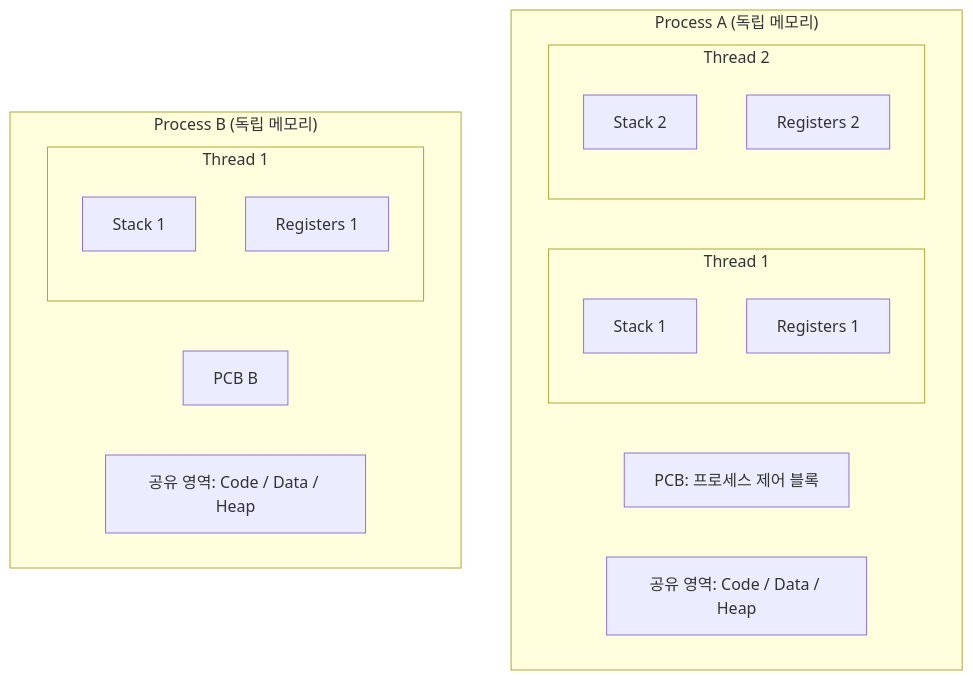
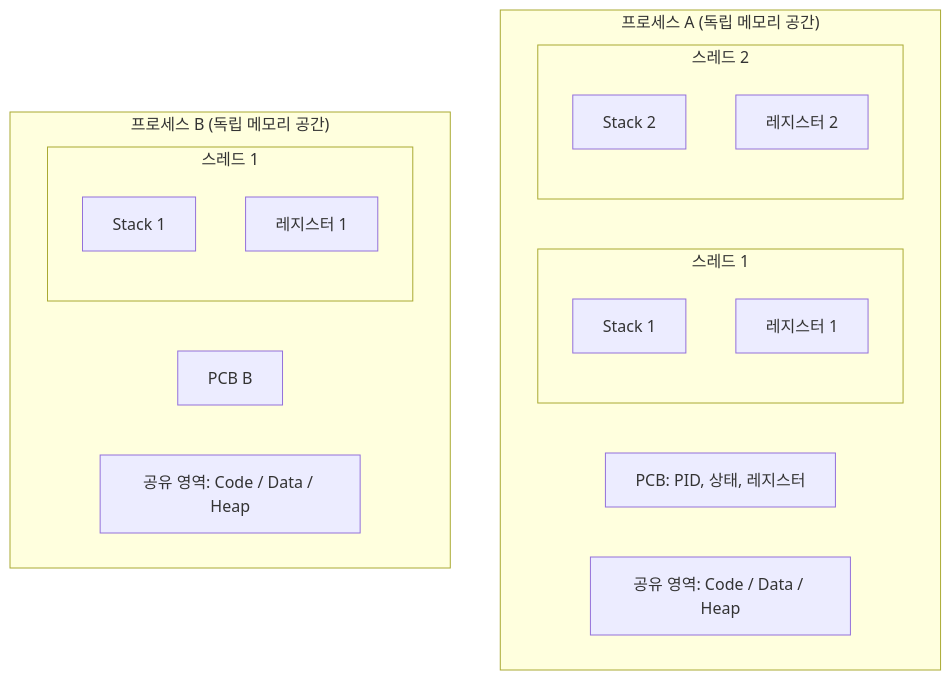
Before and after one commit to chaos663/honeyhive--CS-TECH-STUDY: the first of 2 diagrams in _posts/2026-03-03-os-프로세스와-스레드.md, drawn with Mermaid. The commit also changed other lines of this file and 4 other files, not shown here.

````diff
--- a/_posts/2026-03-03-os-프로세스와-스레드.md
+++ b/_posts/2026-03-03-os-프로세스와-스레드.md
@@ -20,23 +52,23 @@
 ```mermaid
 graph TD
-    subgraph Process_A ["Process A (독립 메모리)"]
-        PCB_A[PCB: 프로세스 제어 블록]
-        Shared_A[공유 영역: Code / Data / Heap]
-        subgraph Thread_A1 ["Thread 1"]
-            Stack_A1[Stack 1]
-            Reg_A1[Registers 1]
+    subgraph Process_A ["프로세스 A (독립 메모리 공간)"]
+        PCB_A["PCB: PID, 상태, 레지스터"]
+        Shared_A["공유 영역: Code / Data / Heap"]
+        subgraph Thread_A1 ["스레드 1"]
+            Stack_A1["Stack 1"]
+            Reg_A1["레지스터 1"]
         end
-        subgraph Thread_A2 ["Thread 2"]
-            Stack_A2[Stack 2]
-            Reg_A2[Registers 2]
+        subgraph Thread_A2 ["스레드 2"]
+            Stack_A2["Stack 2"]
+            Reg_A2["레지스터 2"]
         end
     end
-    subgraph Process_B ["Process B (독립 메모리)"]
-        PCB_B[PCB B]
-        Shared_B[공유 영역: Code / Data / Heap]
-        subgraph Thread_B1 ["Thread 1"]
-            Stack_B1[Stack 1]
-            Reg_B1[Registers 1]
+    subgraph Process_B ["프로세스 B (독립 메모리 공간)"]
+        PCB_B["PCB B"]
+        Shared_B["공유 영역: Code / Data / Heap"]
+        subgraph Thread_B1 ["스레드 1"]
+            Stack_B1["Stack 1"]
+            Reg_B1["레지스터 1"]
         end
     end
 ```
````
